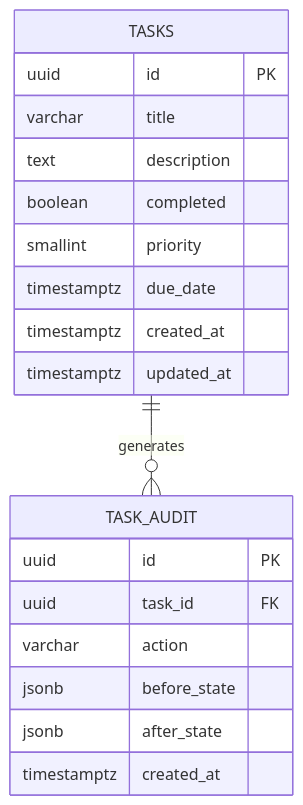
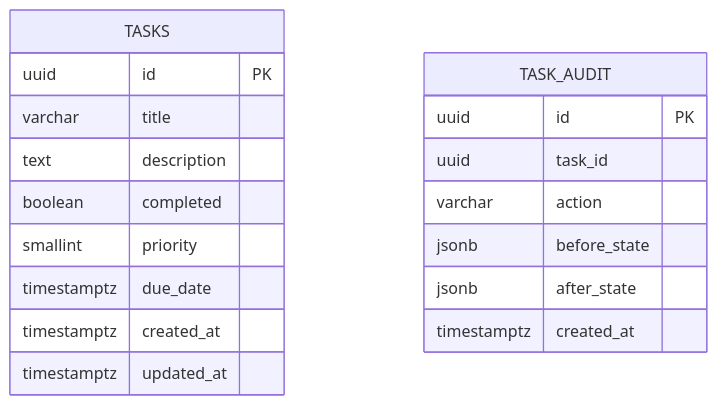
Before and after one commit to vilainricardo/AVA_TaskFlowAPI: the first of 2 diagrams in diagrams/taskflow_database_model_enterprise.md, drawn with Mermaid. The commit also changed 3 other files, not shown here.

````diff
--- a/diagrams/taskflow_database_model_enterprise.md
+++ b/diagrams/taskflow_database_model_enterprise.md
@@ -1,24 +1,22 @@
 ```mermaid
 erDiagram
 TASKS {
     uuid id PK
     varchar title
     text description
     boolean completed
     smallint priority
     timestamptz due_date
     timestamptz created_at
     timestamptz updated_at
 }
 
 TASK_AUDIT {
     uuid id PK
-    uuid task_id FK
+    uuid task_id
     varchar action
     jsonb before_state
     jsonb after_state
     timestamptz created_at
 }
-
-TASKS ||--o{ TASK_AUDIT : generates
 ```
````
